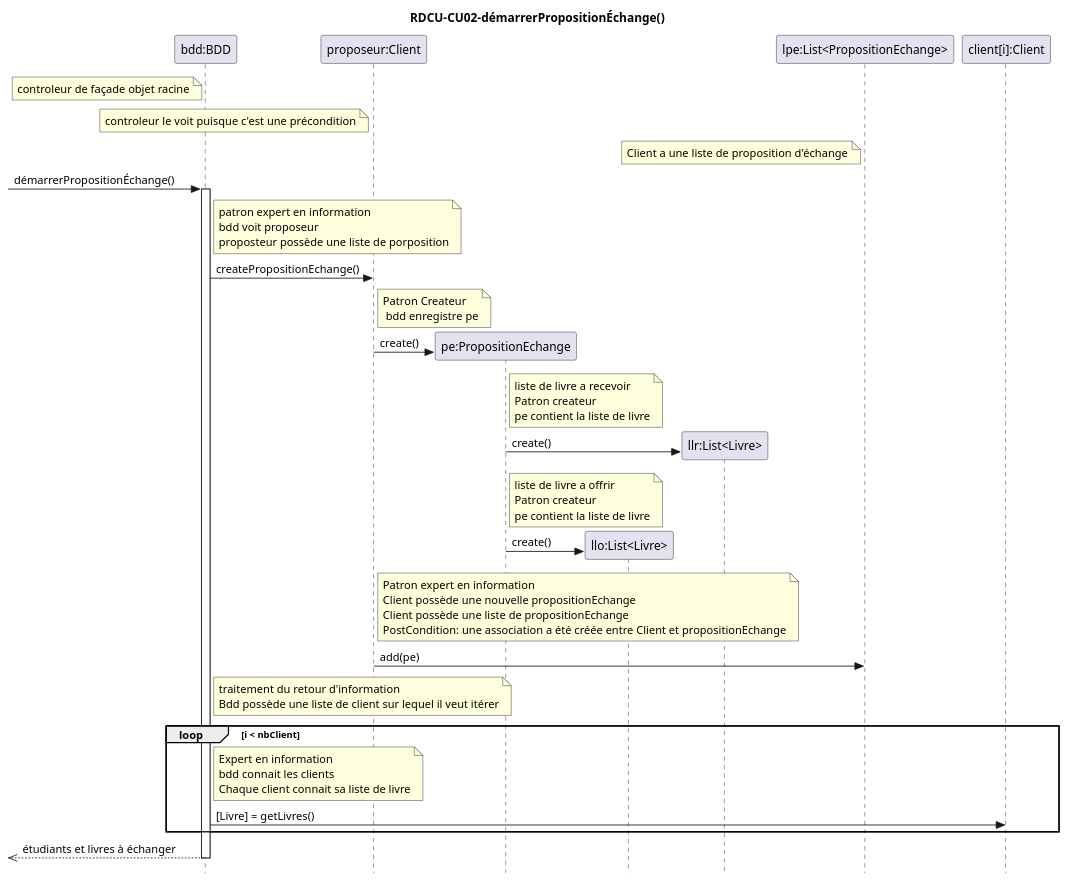
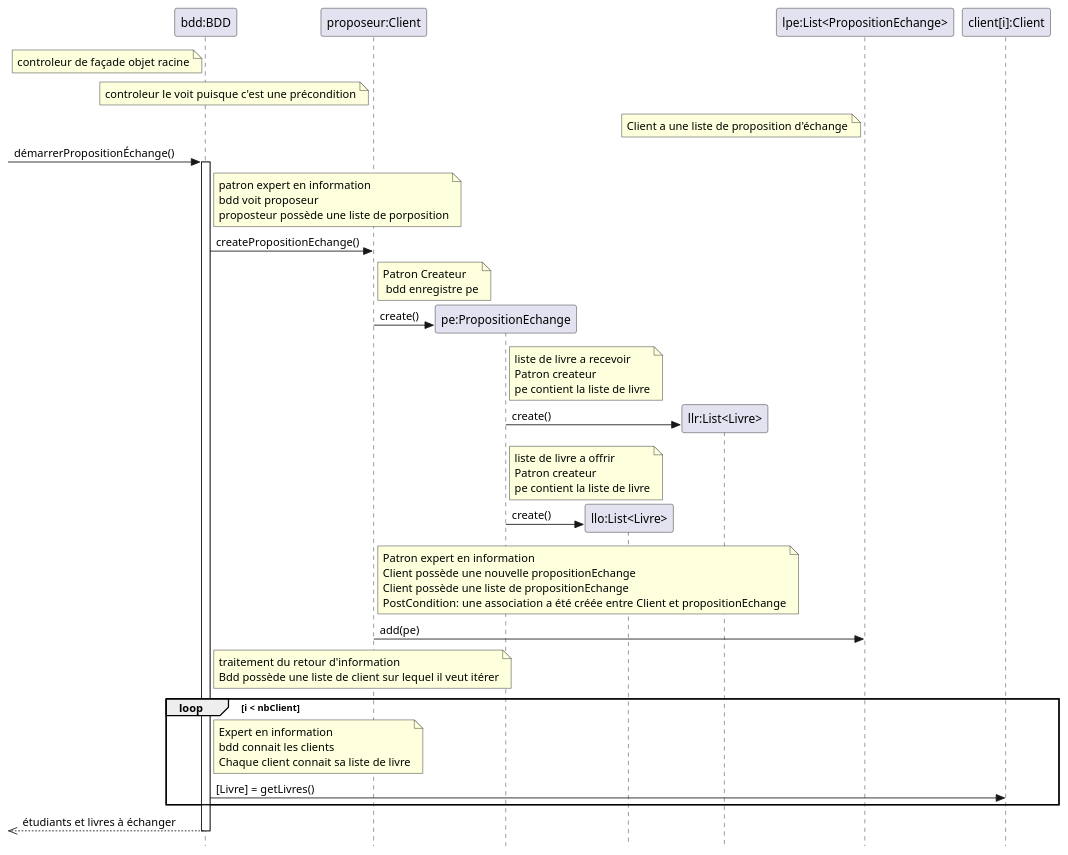
Before and after one commit to yvanross/LOG210-exercices: the eighth of 14 diagrams in DCU-CU-MDD-DSS-CON-RDCU-DCC/MDD-DSS-CON-RDCU-DCL-systeme-echange-livre.md, drawn with PlantUML. The commit also changed other lines of this file and 50 other files, not shown here.

````diff
--- a/DCU-CU-MDD-DSS-CON-RDCU-DCC/MDD-DSS-CON-RDCU-DCL-systeme-echange-livre.md
+++ b/DCU-CU-MDD-DSS-CON-RDCU-DCC/MDD-DSS-CON-RDCU-DCL-systeme-echange-livre.md
@@ -373,44 +367,42 @@
 ```plantuml
 @startuml
-title RDCU-CU02-démarrerPropositionÉchange()
+
 skinparam style strictuml
 participant "bdd:BDD" as CTRL
 note left of CTRL: controleur de façade objet racine
 participant "proposeur:Client" as CP
 note left of CP: controleur le voit puisque c'est une précondition
 participant "pe:PropositionEchange" as PE
 participant "llo:List<Livre>" as LLO
 participant "llr:List<Livre>" as LLR
 participant "lpe:List<PropositionEchange>" as LPE
 note left of LPE: Client a une liste de proposition d'échange
 participant "client[i]:Client" as LC
 
 
 ->CTRL : démarrerPropositionÉchange()
 activate CTRL
   
   note right of CTRL: patron expert en information\nbdd voit proposeur\nproposteur possède une liste de porposition
   CTRL -> CP: createPropositionEchange()
 
   note right of CP: Patron Createur\n bdd enregistre pe
   CP -> PE**: create()
 
-
-
   note right of PE: liste de livre a recevoir\nPatron createur\npe contient la liste de livre
   PE->LLR**: create()
 
   note right of PE: liste de livre a offrir\nPatron createur\npe contient la liste de livre
   PE->LLO**: create()
   
 note right of CP: Patron expert en information\nClient possède une nouvelle propositionEchange\nClient possède une liste de propositionEchange\nPostCondition: une association a été créée entre Client et propositionEchange
   CP -> LPE: add(pe)
     note right of CTRL: traitement du retour d'information\nBdd possède une liste de client sur lequel il veut itérer
   loop i < nbClient
     note right of CTRL: Expert en information\nbdd connait les clients\nChaque client connait sa liste de livre
     CTRL ->  LC: [Livre] = getLivres()
   end
   <<--CTRL : étudiants et livres à échanger
 deactivate CTRL
 @enduml
 ```
````
